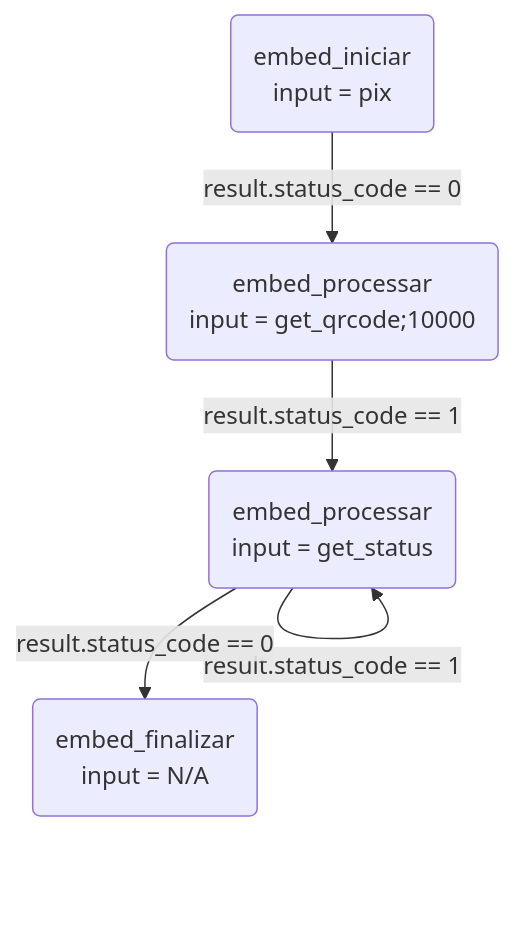
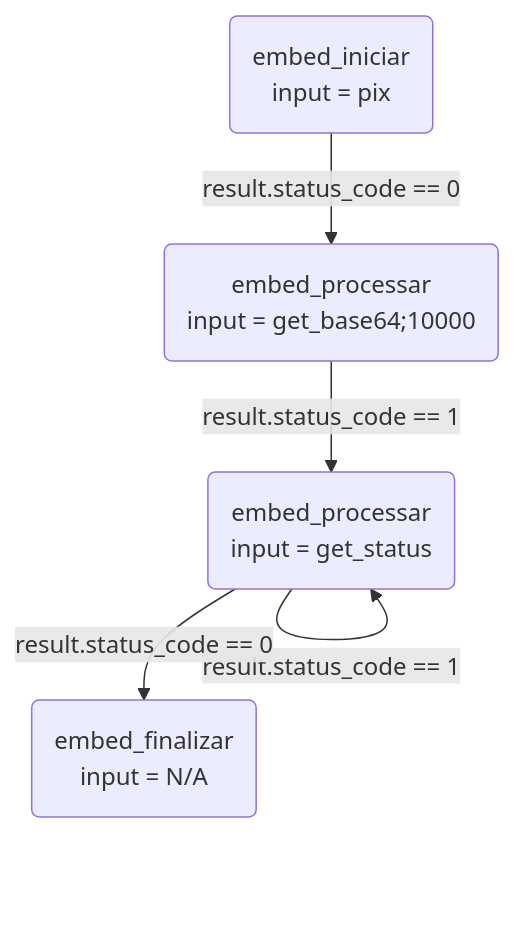
Before and after one commit to embed-labs/example-lib-embed-python-pix: the second of 5 diagrams in README.md, drawn with Mermaid. The commit also changed other lines of this file, not shown here.

````diff
--- a/README.md
+++ b/README.md
@@ -63,7 +64,7 @@
 ```mermaid
 flowchart TD;
-    base1(embed_iniciar\ninput = pix) -- result.status_code ==  0 --> base2(embed_processar\ninput = get_qrcode;10000);
+    base1(embed_iniciar\ninput = pix) -- result.status_code ==  0 --> base2(embed_processar\ninput = get_base64;10000);
     base2 -- result.status_code ==  1 --> base3(embed_processar\ninput = get_status);
     base3 -- result.status_code ==  1 --> base3;
     base3 -- result.status_code ==  0 --> base4(embed_finalizar\ninput = N/A);
 ```
````
